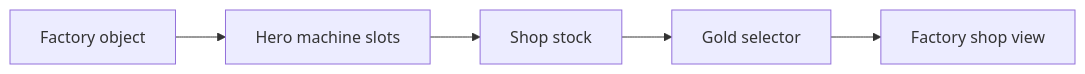
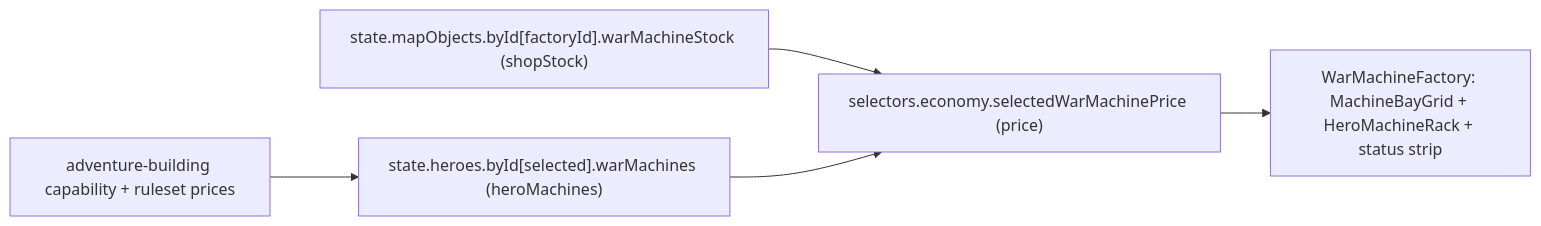
One commit to SunaNoOshiro/Heroes_Reforged_AI_Realms changed the second of 5 diagrams in docs/architecture/wiki/screens/14-war-machine-factory/architecture.md. Above: the diagram before and after it, drawn with Mermaid. The commit also changed other lines of this file and 518 other files, not shown here.

First line of the commit message:
Add doc-audit skill and sweep architecture/screen docs

````diff
--- a/docs/architecture/wiki/screens/14-war-machine-factory/architecture.md
+++ b/docs/architecture/wiki/screens/14-war-machine-factory/architecture.md
@@ -32,8 +41,8 @@
 ```mermaid
 flowchart LR
-  L0["Factory object"] --> L1
-  L1["Hero machine slots"] --> L2
-  L2["Shop stock"] --> L3
-  L3["Gold selector"] --> L4
-  L4["Factory shop view"]
+  L0["state.mapObjects.byId[factoryId].warMachineStock (shopStock)"] --> L3
+  L1["adventure-building capability + ruleset prices"] --> L2
+  L2["state.heroes.byId[selected].warMachines (heroMachines)"] --> L3
+  L3["selectors.economy.selectedWarMachinePrice (price)"] --> L4
+  L4["WarMachineFactory: MachineBayGrid + HeroMachineRack + status strip"]
 ```
````
